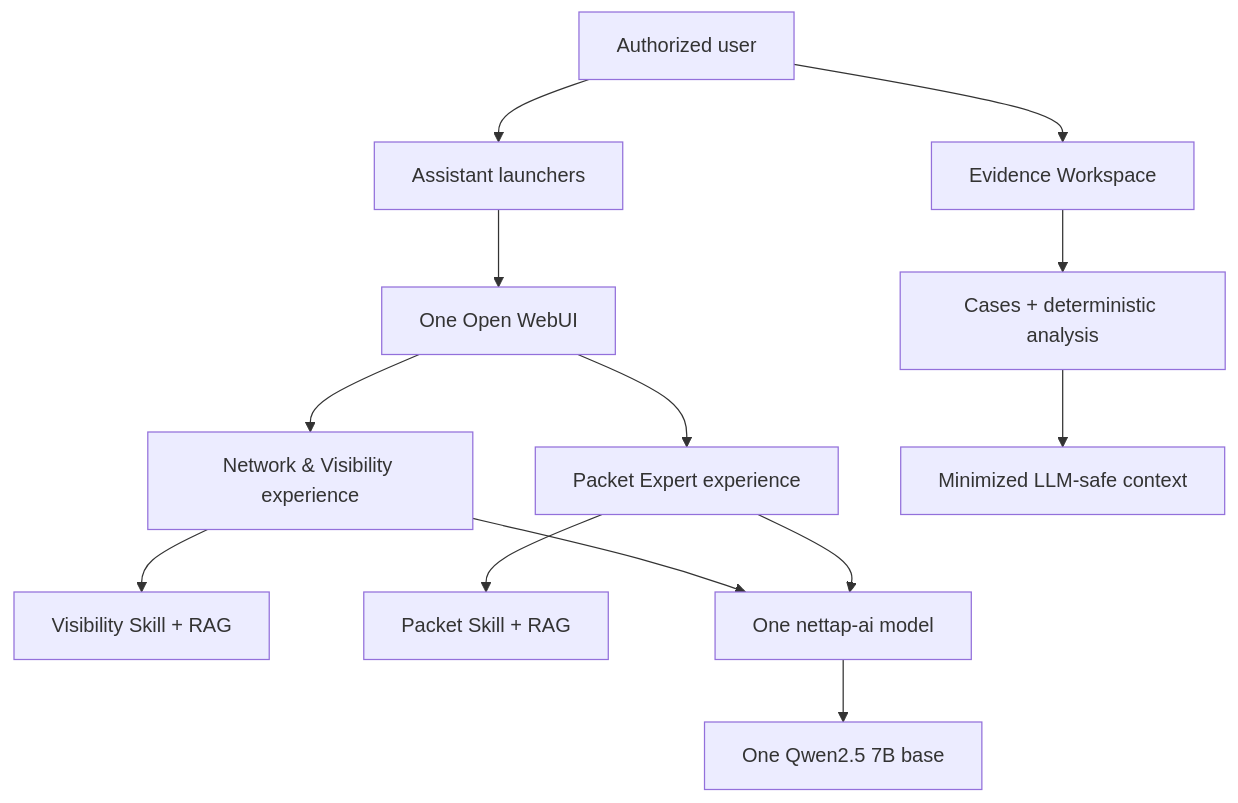
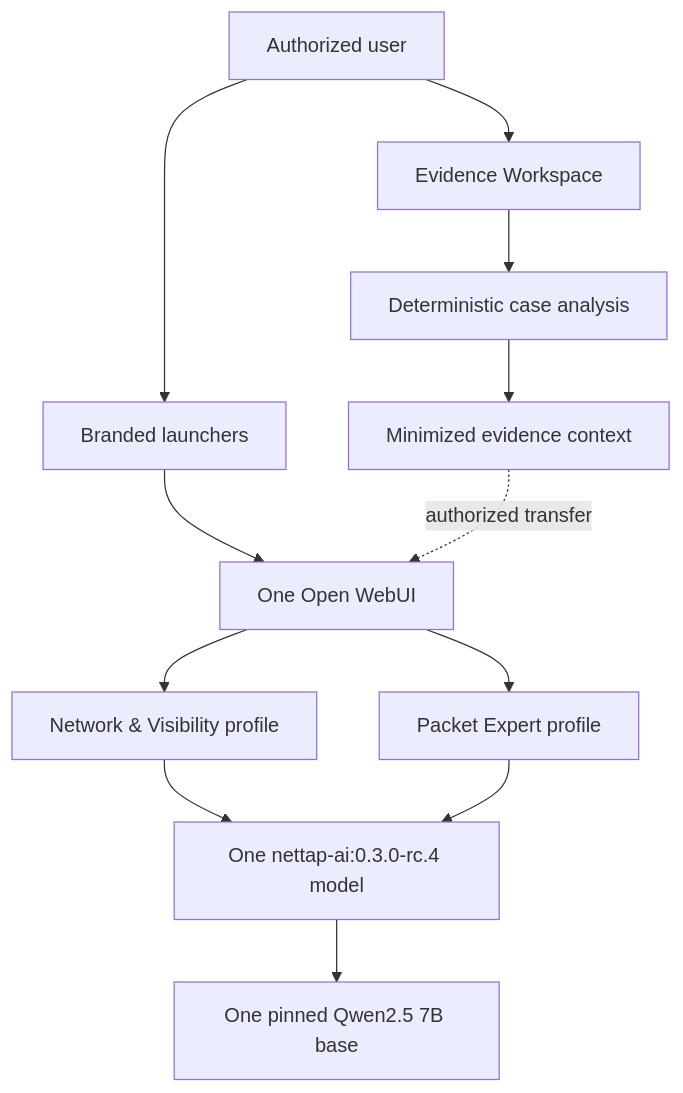
The diagram in README.md (mpdwyer2367/nettap-packet-expert), drawn with Mermaid before and after one commit. The commit also changed other lines of this file and 52 other files, not shown here.

Commit message:
Release RC4 one-model replacement candidate

````diff
--- a/README.md
+++ b/README.md
@@ -20,15 +20,14 @@
 ```mermaid
 flowchart TB
-    U["Authorized user"] --> L["Assistant launchers"]
+    U["Authorized user"] --> L["Branded launchers"]
     L --> W["One Open WebUI"]
-    W --> V["Network & Visibility experience"]
-    W --> P["Packet Expert experience"]
+    W --> V["Network & Visibility profile"]
+    W --> P["Packet Expert profile"]
+    V --> N["One nettap-ai:0.3.0-rc.4 model"]
+    P --> N
+    N --> Q["One pinned Qwen2.5 7B base"]
     U --> E["Evidence Workspace"]
-    E --> C["Cases + deterministic analysis"]
-    C --> X["Minimized LLM-safe context"]
-    V --> VS["Visibility Skill + RAG"]
-    P --> PS["Packet Skill + RAG"]
-    V --> N["One nettap-ai model"]
-    P --> N
-    N --> Q["One Qwen2.5 7B base"]
+    E --> D["Deterministic case analysis"]
+    D --> X["Minimized evidence context"]
+    X -. "authorized transfer" .-> W
 ```
````
